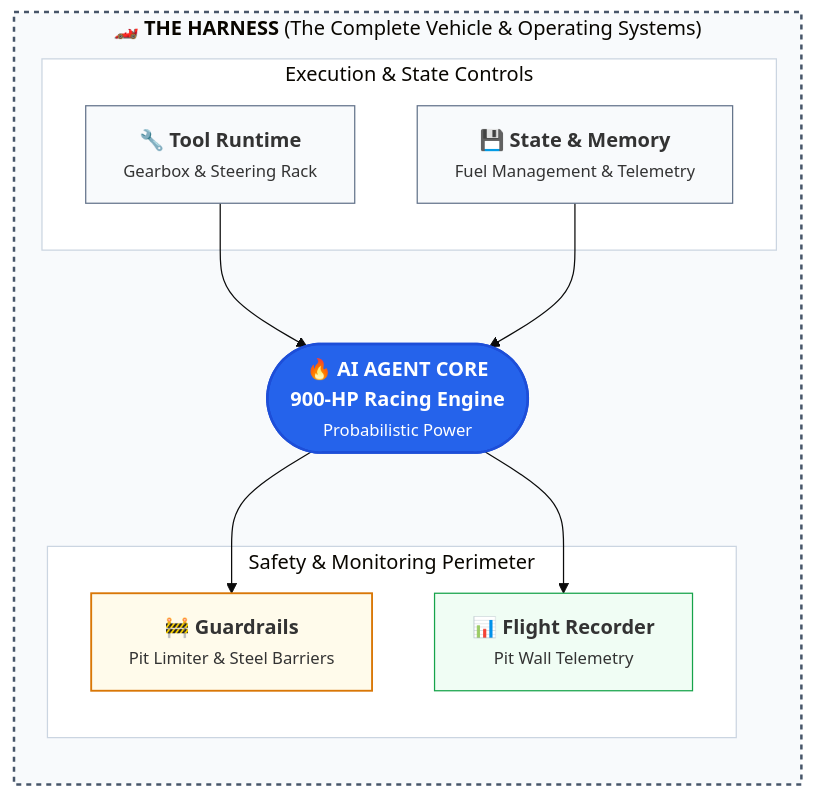
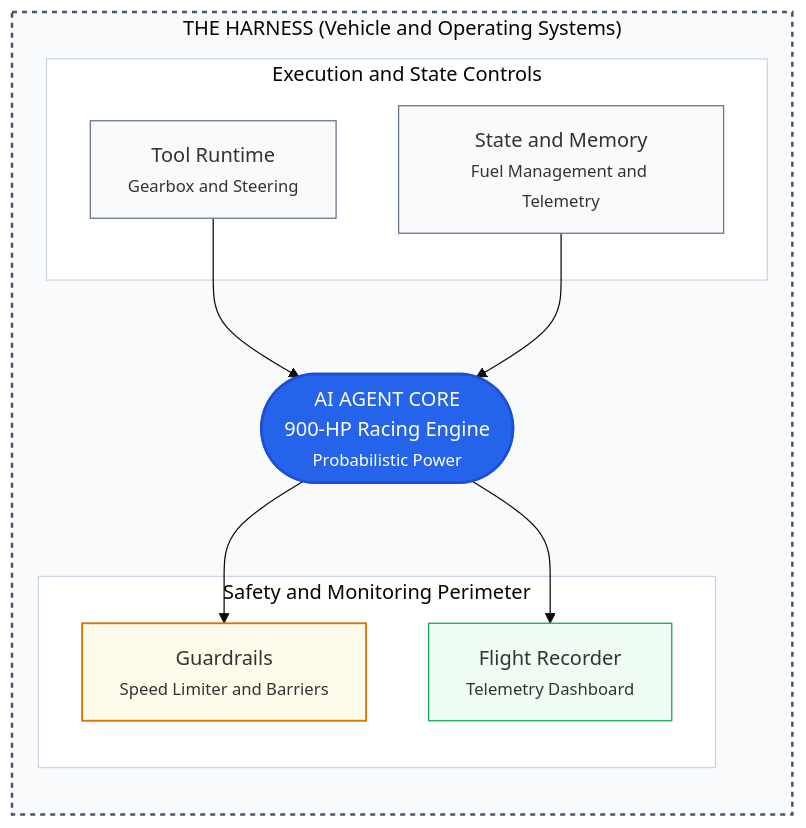
Before and after one commit to keolo/keolo-com: the first of 3 diagrams in content/posts/ai-harness-vs-guardrails.md, drawn with Mermaid (base theme). The commit also changed other lines of this file and 4 other files, not shown here.

````diff
--- a/content/posts/ai-harness-vs-guardrails.md
+++ b/content/posts/ai-harness-vs-guardrails.md
@@ -32,32 +30,32 @@
 ```mermaid
 flowchart TD
-    subgraph Harness ["🏎️ <b>THE HARNESS</b> (The Complete Vehicle & Operating Systems)"]
+    subgraph Harness ["THE HARNESS (Vehicle and Operating Systems)"]
         direction TB
 
-        subgraph Upstream ["Execution & State Controls"]
-            Tools["🔧 <b>Tool Runtime</b><br><small>Gearbox & Steering Rack</small>"]
-            State["💾 <b>State & Memory</b><br><small>Fuel Management & Telemetry</small>"]
+        subgraph Upstream ["Execution and State Controls"]
+            Tools["Tool Runtime<br><small>Gearbox and Steering</small>"]
+            State["State and Memory<br><small>Fuel Management and Telemetry</small>"]
         end
 
-        Engine(["🔥 <b>AI AGENT CORE</b><br><b>900-HP Racing Engine</b><br><small>Probabilistic Power</small>"])
+        Engine(["AI AGENT CORE<br>900-HP Racing Engine<br><small>Probabilistic Power</small>"])
 
-        subgraph Downstream ["Safety & Monitoring Perimeter"]
-            Guardrails["🚧 <b>Guardrails</b><br><small>Pit Limiter & Steel Barriers</small>"]
-            Telemetry["📊 <b>Flight Recorder</b><br><small>Pit Wall Telemetry</small>"]
+        subgraph Downstream ["Safety and Monitoring Perimeter"]
+            Guardrails["Guardrails<br><small>Speed Limiter and Barriers</small>"]
+            Telemetry["Flight Recorder<br><small>Telemetry Dashboard</small>"]
         end
 
         Tools --> Engine
         State --> Engine
         Engine --> Guardrails
         Engine --> Telemetry
     end
 
     style Harness fill:#f8fafc,stroke:#475569,stroke-width:2px,stroke-dasharray: 4 4
     style Engine fill:#2563eb,stroke:#1d4ed8,stroke-width:2px,color:#ffffff
     style Upstream fill:#ffffff,stroke:#cbd5e1,stroke-width:1px
     style Downstream fill:#ffffff,stroke:#cbd5e1,stroke-width:1px
     style Guardrails fill:#fffbeb,stroke:#d97706,stroke-width:1.5px
     style Telemetry fill:#f0fdf4,stroke:#16a34a,stroke-width:1px
     style Tools fill:#f8fafc,stroke:#64748b,stroke-width:1px
     style State fill:#f8fafc,stroke:#64748b,stroke-width:1px
 ```
````
